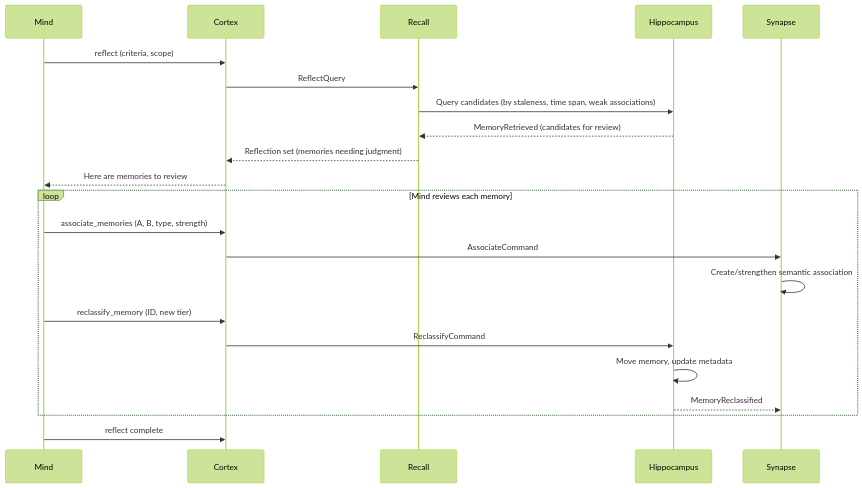
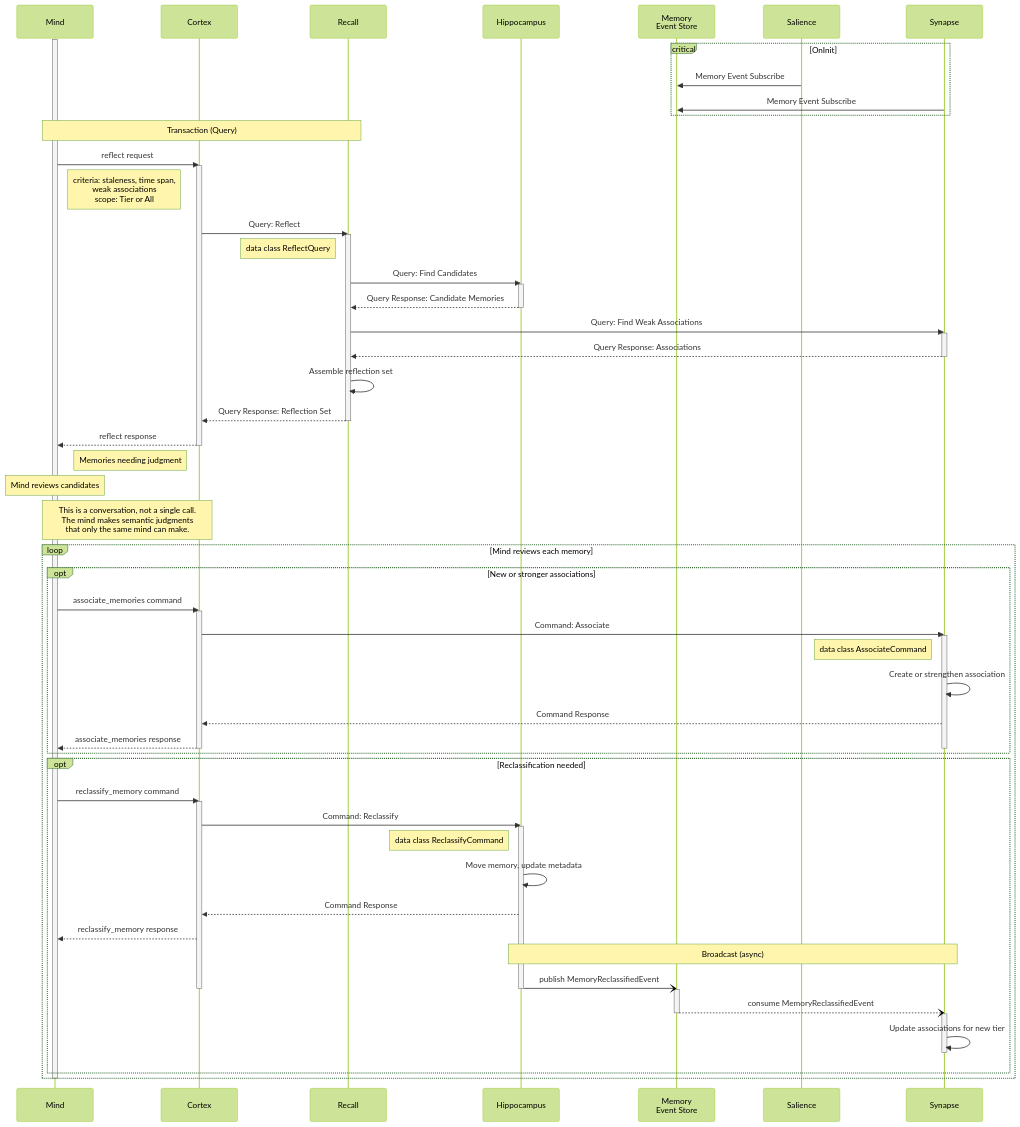
The diagram in site/_includes/diagrams/msg-0006-reflect.mmd (Mimis-Gildi/mcp-total-recall), drawn with Mermaid (forest theme) before and after one commit. The commit also changed 2 other files, not shown here.

Commit message:
Completed sequences.

```diff
--- a/site/_includes/diagrams/msg-0006-reflect.mmd
+++ b/site/_includes/diagrams/msg-0006-reflect.mmd
@@ -1,26 +1,84 @@
 sequenceDiagram
-    participant C as Mind
+    participant M as Mind
     participant CX as Cortex
     participant RC as Recall
     participant HP as Hippocampus
+    participant ES as Memory<br/> Event Store
+    participant SL as Salience
     participant SY as Synapse
 
-    C->>CX: reflect (criteria, scope)
-    CX->>RC: ReflectQuery
-    RC->>HP: Query candidates (by staleness, time span, weak associations)
-    HP-->>RC: MemoryRetrieved (candidates for review)
-    RC-->>CX: Reflection set (memories needing judgment)
-    CX-->>C: Here are memories to review
+    activate M
+
+    critical OnInit
+        SL ->> ES: Memory Event Subscribe
+        SY ->> ES: Memory Event Subscribe
+    end
+
+    Note over M,RC: Transaction (Query)
+    M->>CX: reflect request
+    activate CX
+    Note right of M: criteria: staleness, time span,<br/>weak associations<br/>scope: Tier or All
+
+    CX->>RC: Query: Reflect
+    activate RC
+    Note left of RC: data class ReflectQuery
+
+    RC->>HP: Query: Find Candidates
+    activate HP
+    HP-->>RC: Query Response: Candidate Memories
+    deactivate HP
+
+    RC->>SY: Query: Find Weak Associations
+    activate SY
+    SY-->>RC: Query Response: Associations
+    deactivate SY
+
+    RC->>RC: Assemble reflection set
+
+    RC-->>CX: Query Response: Reflection Set
+    deactivate RC
+    CX-->>M: reflect response
+    deactivate CX
+    Note left of CX: Memories needing judgment
+
+    Note over M: Mind reviews candidates
+    Note over M,CX: This is a conversation, not a single call.<br/>The mind makes semantic judgments<br/>that only the same mind can make.
 
     loop Mind reviews each memory
-        C->>CX: associate_memories (A, B, type, strength)
-        CX->>SY: AssociateCommand
-        SY->>SY: Create/strengthen semantic association
+        opt New or stronger associations
+            M->>CX: associate_memories command
+            activate CX
+            CX->>SY: Command: Associate
+            activate SY
+            Note left of SY: data class AssociateCommand
+            SY->>SY: Create or strengthen association
+            SY-->>CX: Command Response
+            CX-->>M: associate_memories response
+            deactivate SY
+            deactivate CX
+        end
 
-        C->>CX: reclassify_memory (ID, new tier)
-        CX->>HP: ReclassifyCommand
-        HP->>HP: Move memory, update metadata
-        HP-->>SY: MemoryReclassified
+        opt Reclassification needed
+            M->>CX: reclassify_memory command
+            activate CX
+            CX->>HP: Command: Reclassify
+            activate HP
+            Note left of HP: data class ReclassifyCommand
+            HP->>HP: Move memory, update metadata
+            HP-->>CX: Command Response
+            CX-->>M: reclassify_memory response
+
+            Note over HP,SY: Broadcast (async)
+            HP-)ES: publish MemoryReclassifiedEvent
+            deactivate HP
+            deactivate CX
+            activate ES
+            ES--)SY: consume MemoryReclassifiedEvent
+            deactivate ES
+            activate SY
+            SY->>SY: Update associations for new tier
+            deactivate SY
+        end
     end
 
-    C->>CX: reflect complete
+    deactivate M
```
